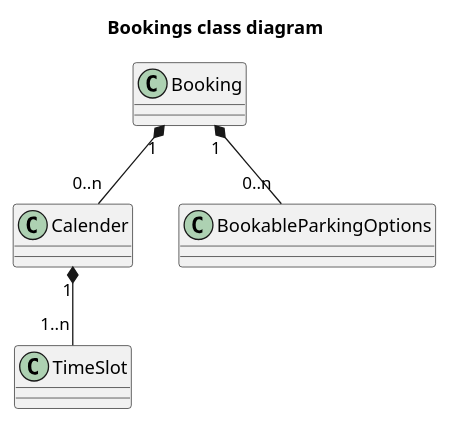
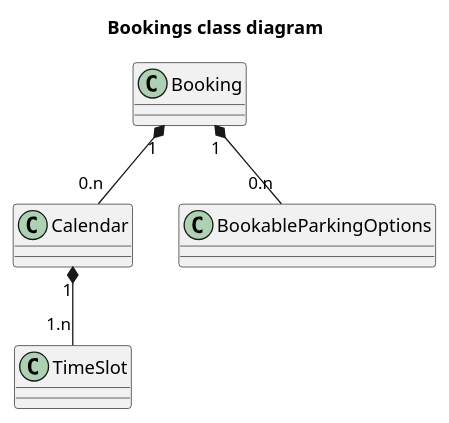
The diagram in plantuml/booking-class-diagram.plantuml (ocpi/ocpi), drawn with PlantUML before and after one commit. The commit also changed 6 other files, not shown here.

```diff
--- a/plantuml/booking-class-diagram.plantuml
+++ b/plantuml/booking-class-diagram.plantuml
@@ -1,8 +1,8 @@
 @startuml
 title Bookings class diagram
 
-Booking "1" *-- "0..n" Calender
-Booking "1" *-- "0..n" BookableParkingOptions
-Calender"1" *-- "1..n" TimeSlot
+Booking "1" *-- "0.n" Calendar
+Booking "1" *-- "0.n" BookableParkingOptions
+Calendar "1" *-- "1.n" TimeSlot
 
 @enduml
```
